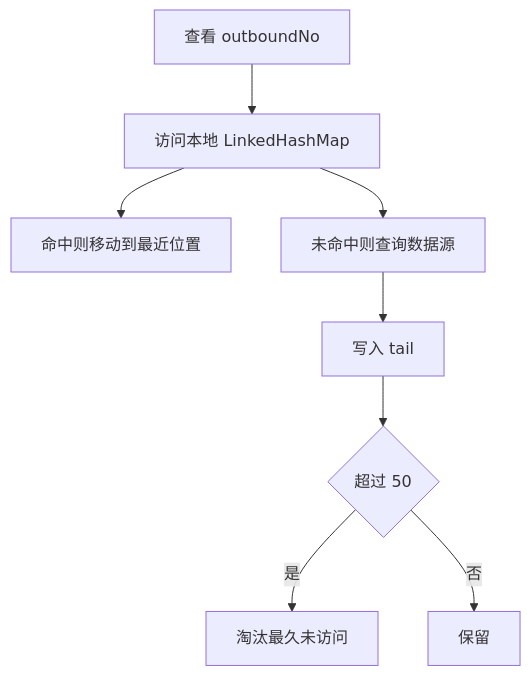
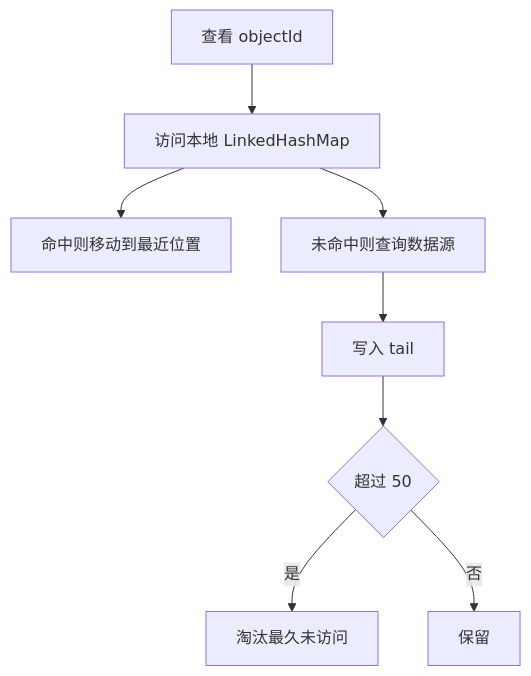
Diagram 40 of 49 in 02-集合框架/02-深度解析/LinkedHashMap与LRU缓存.md (xuegucheng/java-tech-review), drawn with Mermaid before and after one commit. The commit also changed other lines of this file and 33 other files, not shown here.

````diff
--- a/02-集合框架/02-深度解析/LinkedHashMap与LRU缓存.md
+++ b/02-集合框架/02-深度解析/LinkedHashMap与LRU缓存.md
@@ -1782,10 +1782,10 @@
 ```mermaid
 flowchart TD
-    A[查看 outboundNo] --> B[访问本地 LinkedHashMap]
+    A[查看 objectId] --> B[访问本地 LinkedHashMap]
     B --> C[命中则移动到最近位置]
     B --> D[未命中则查询数据源]
     D --> E[写入 tail]
     E --> F{超过 50}
     F -- 是 --> G[淘汰最久未访问]
     F -- 否 --> H[保留]
 ```
````
